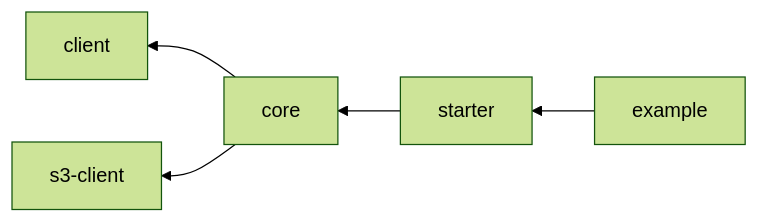
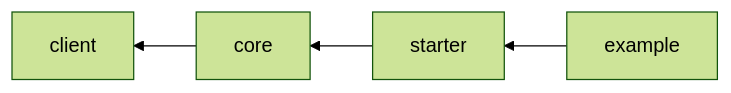
One commit to it-at-m/refarch changed the diagram in docs/integrations/cosys.md. Above: the diagram before and after it, drawn with Mermaid (forest theme). The commit also changed other lines of this file and 21 other files, not shown here.

````diff
--- a/docs/integrations/cosys.md
+++ b/docs/integrations/cosys.md
@@ -13,5 +13,4 @@
 ```mermaid
 flowchart RL
     example --> starter --> core --> client
-    core --> s3-client
 ```
````
